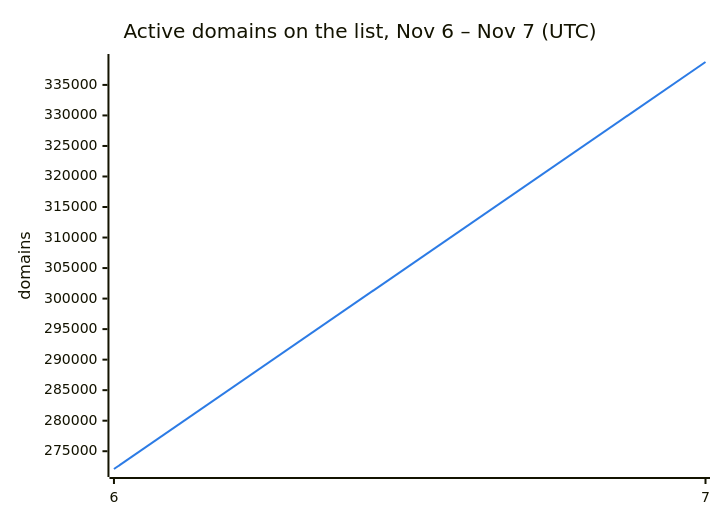
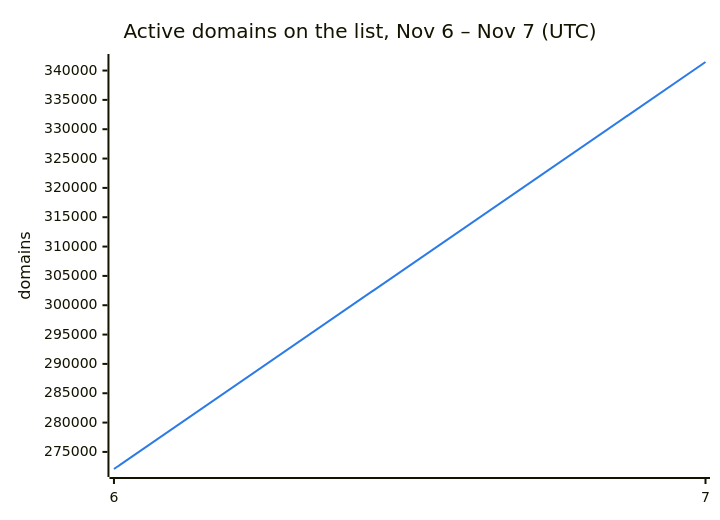
One commit to DNSBunker/CTI changed the second of 3 diagrams in README.md. Above: the diagram before and after it, drawn with Mermaid. The commit also changed other lines of this file and 3 other files, not shown here.

````diff
--- a/README.md
+++ b/README.md
@@ -38,8 +38,8 @@
 ```mermaid
 %%{init: {"themeVariables": {"xyChart": {"plotColorPalette": "#2c7be5"}}}}%%
 xychart-beta
     title "Active domains on the list, Nov 6 – Nov 7 (UTC)"
     x-axis ["6", "7"]
     y-axis "domains"
-    line [272088, 338753]
+    line [272088, 341458]
 ```
````
